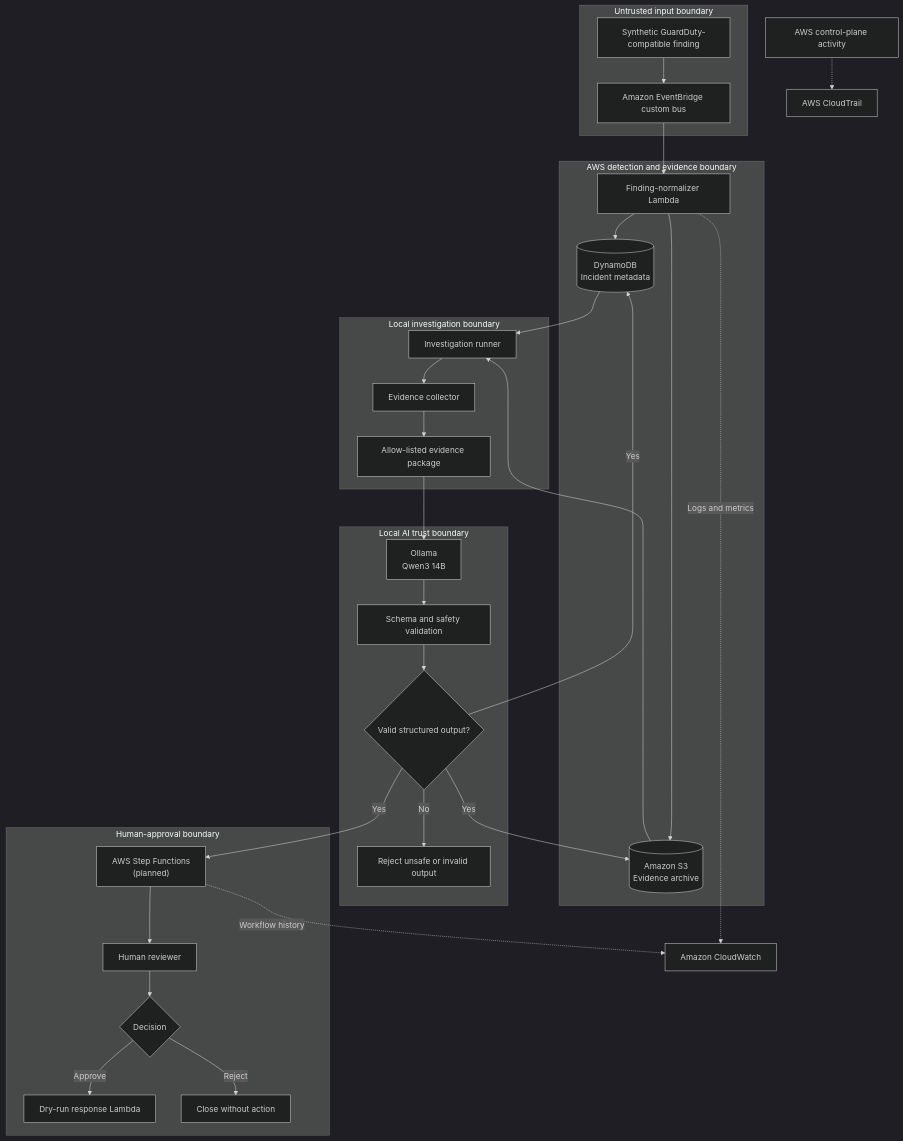
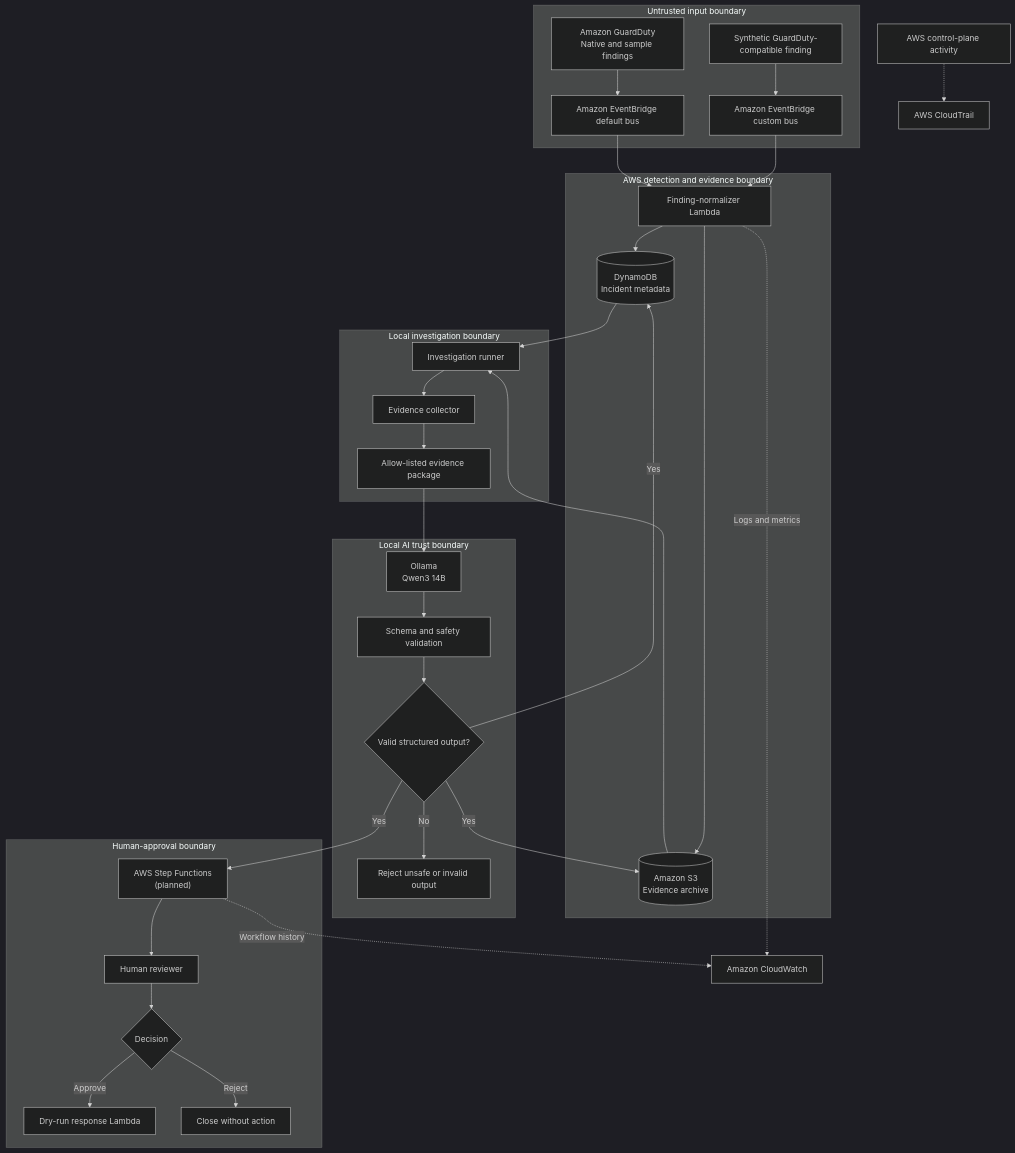
Before and after one commit to danrodcor/ai-cybersecurity-lab: the diagram in docs/architecture.md, drawn with Mermaid (dark theme). The commit also changed other lines of this file and 1 other file, not shown here.

Commit message:
docs: document native GuardDuty ingestion

````diff
--- a/docs/architecture.md
+++ b/docs/architecture.md
@@ -13,62 +13,67 @@
 ```mermaid
 flowchart TD
     subgraph Input["Untrusted input boundary"]
         A["Synthetic GuardDuty-compatible finding"]
         B["Amazon EventBridge custom bus"]
+        U["Amazon GuardDuty<br/>Native and sample findings"]
+        V["Amazon EventBridge default bus"]
+
         A --> B
+        U --> V
     end
 
     subgraph Processing["AWS detection and evidence boundary"]
         C["Finding-normalizer Lambda"]
         D[("DynamoDB<br/>Incident metadata")]
         E[("Amazon S3<br/>Evidence archive")]
 
         C --> D
         C --> E
     end
 
     subgraph Local["Local investigation boundary"]
         F["Investigation runner"]
         G["Evidence collector"]
         H["Allow-listed evidence package"]
 
         F --> G
         G --> H
     end
 
     subgraph AI["Local AI trust boundary"]
         I["Ollama<br/>Qwen3 14B"]
         J["Schema and safety validation"]
         K{"Valid structured output?"}
         T["Reject unsafe or invalid output"]
 
         I --> J
         J --> K
         K -- "No" --> T
     end
 
     subgraph Approval["Human-approval boundary"]
         L["AWS Step Functions<br/>(planned)"]
         M["Human reviewer"]
         N{"Decision"}
         O["Dry-run response Lambda"]
         P["Close without action"]
 
         L --> M
         M --> N
         N -- "Approve" --> O
         N -- "Reject" --> P
     end
 
     B --> C
+    V --> C
     D --> F
     E --> F
     H --> I
     K -- "Yes" --> D
     K -- "Yes" --> E
     K -- "Yes" --> L
 
     C -. "Logs and metrics" .-> Q["Amazon CloudWatch"]
     L -. "Workflow history" .-> Q
     R["AWS control-plane activity"] -.-> S["AWS CloudTrail"]
 ```
````
